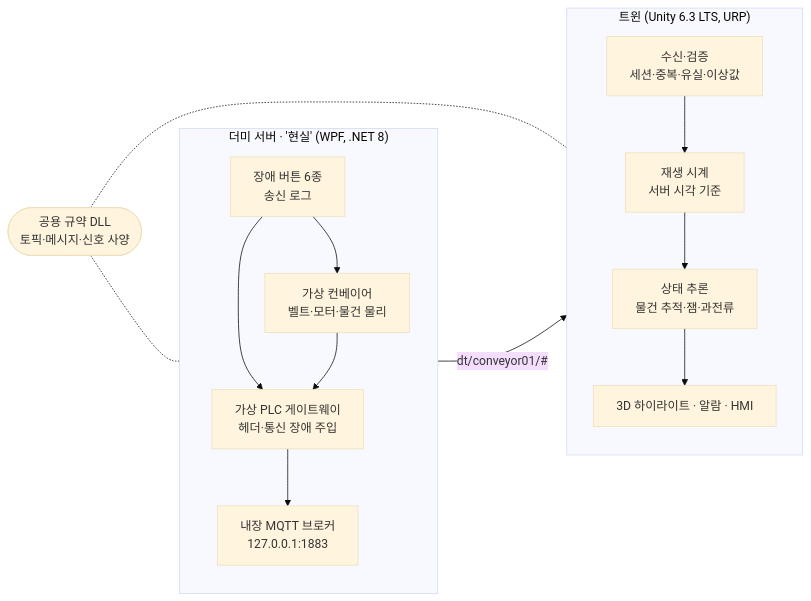
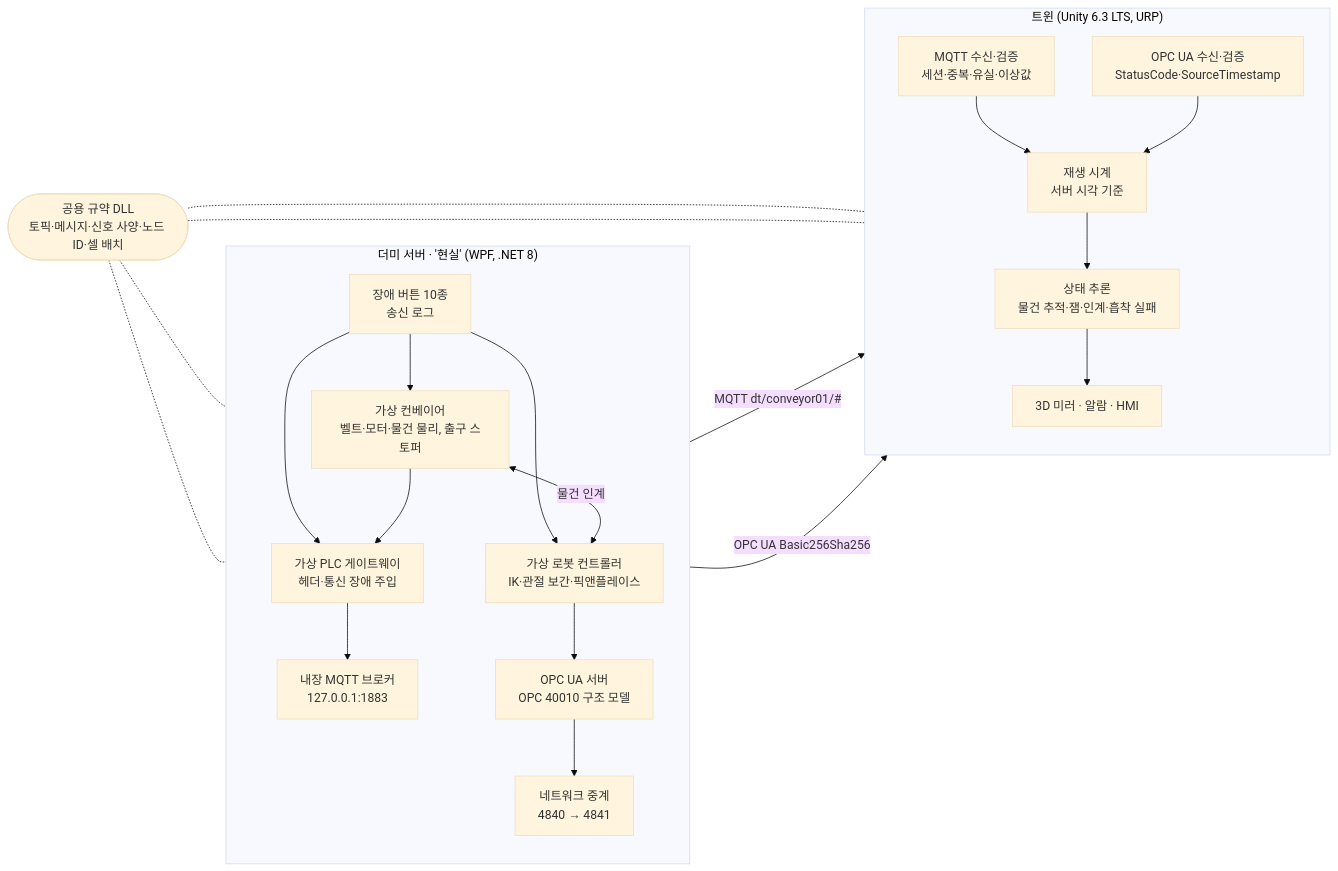
One commit to SeonghunChoi/unity_conveyor_digital_twin changed the diagram in README.md. Above: the diagram before and after it, drawn with Mermaid (base theme). The commit also changed other lines of this file and 2 other files, not shown here.

````diff
--- a/README.md
+++ b/README.md
@@ -30,25 +33,37 @@
 ```mermaid
 flowchart LR
     subgraph Reality["더미 서버 · '현실' (WPF, .NET 8)"]
         direction TB
-        UI["장애 버튼 6종<br/>송신 로그"]
-        SIM["가상 컨베이어<br/>벨트·모터·물건 물리"]
+        UI["장애 버튼 10종<br/>송신 로그"]
+        SIM["가상 컨베이어<br/>벨트·모터·물건 물리, 출구 스토퍼"]
         PUB["가상 PLC 게이트웨이<br/>헤더·통신 장애 주입"]
         BRK["내장 MQTT 브로커<br/>127.0.0.1:1883"]
+        RC["가상 로봇 컨트롤러<br/>IK·관절 보간·픽앤플레이스"]
+        UA["OPC UA 서버<br/>OPC 40010 구조 모델"]
+        NET["네트워크 중계<br/>4840 → 4841"]
         UI --> SIM
         UI --> PUB
+        UI --> RC
         SIM --> PUB --> BRK
+        SIM <-- "물건 인계" --> RC
+        RC --> UA --> NET
     end
     subgraph Twin["트윈 (Unity 6.3 LTS, URP)"]
         direction TB
-        RX["수신·검증<br/>세션·중복·유실·이상값"]
+        RX["MQTT 수신·검증<br/>세션·중복·유실·이상값"]
+        RXU["OPC UA 수신·검증<br/>StatusCode·SourceTimestamp"]
         PB["재생 시계<br/>서버 시각 기준"]
-        INF["상태 추론<br/>물건 추적·잼·과전류"]
-        OUT["3D 하이라이트 · 알람 · HMI"]
-        RX --> PB --> INF --> OUT
+        INF["상태 추론<br/>물건 추적·잼·인계·흡착 실패"]
+        OUT["3D 미러 · 알람 · HMI"]
+        RX --> PB
+        RXU --> PB
+        PB --> INF --> OUT
     end
-    SH(["공용 규약 DLL<br/>토픽·메시지·신호 사양"])
-    BRK -- "dt/conveyor01/#" --> RX
+    SH(["공용 규약 DLL<br/>토픽·메시지·신호 사양·노드 ID·셀 배치"])
+    BRK -- "MQTT dt/conveyor01/#" --> RX
+    NET -- "OPC UA Basic256Sha256" --> RXU
     SH -.- PUB
     SH -.- RX
+    SH -.- RC
+    SH -.- RXU
 ```
````
